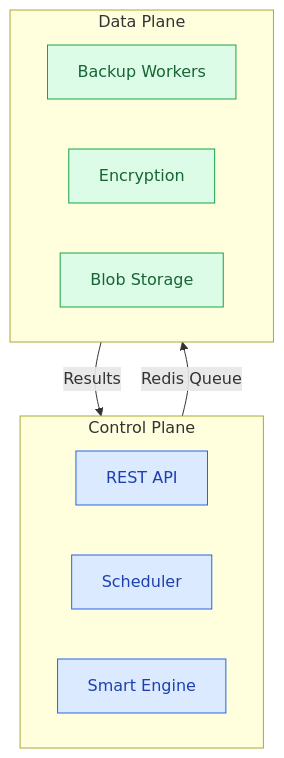
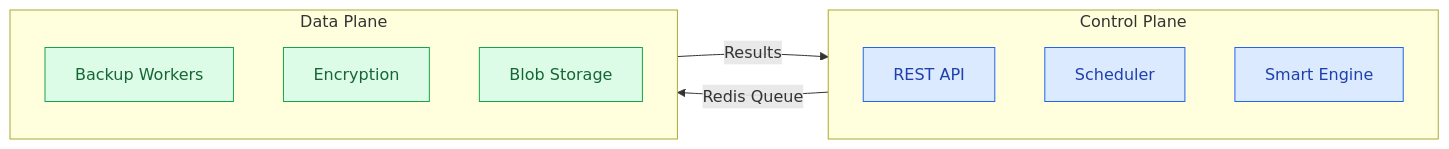
Before and after one commit to gpatwa/m365-vault: the third of 5 diagrams in backend/docs/ARCHITECTURE.md, drawn with Mermaid. The commit also changed other lines of this file and 1 other file, not shown here.

First line of the commit message:
fix: CP/DP diagram horizontal + remove all remaining ASCII art

````diff
--- a/backend/docs/ARCHITECTURE.md
+++ b/backend/docs/ARCHITECTURE.md
@@ -42,17 +42,17 @@
 ```mermaid
-graph TB
+graph LR
     subgraph CP[Control Plane]
         A1[REST API]:::control
         A2[Scheduler]:::control
         A3[Smart Engine]:::control
     end
     subgraph DP[Data Plane]
         B1[Backup Workers]:::data
         B2[Encryption]:::data
         B3[Blob Storage]:::data
     end
     CP -->|Redis Queue| DP
     DP -->|Results| CP
     classDef control fill:#dbeafe,stroke:#2563eb,color:#1e40af
     classDef data fill:#dcfce7,stroke:#16a34a,color:#166534
 ```
````
